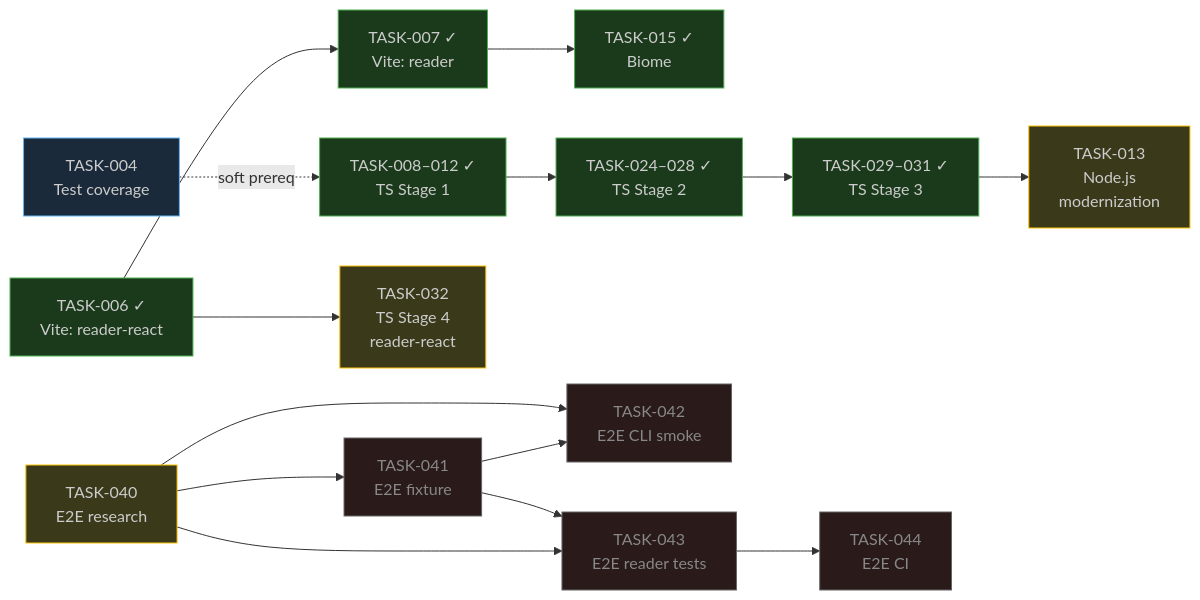
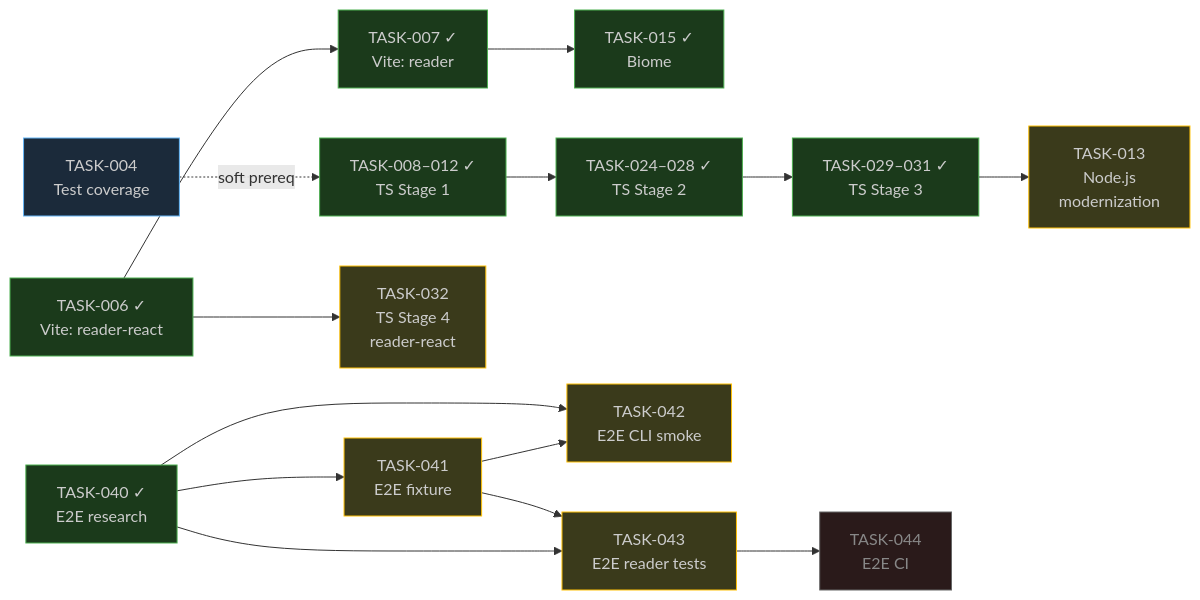
One commit to triplecanopy/b-ber changed the diagram in PLAN.md. Above: the diagram before and after it, drawn with Mermaid. The commit also changed other lines of this file and 6 other files, not shown here.

````diff
--- a/PLAN.md
+++ b/PLAN.md
@@ -135,38 +135,38 @@
 ```mermaid
 graph LR
   classDef done fill:#1b3a1b,stroke:#4caf50,color:#ccc
   classDef active fill:#1b2a3a,stroke:#64b5f6,color:#ccc
   classDef ready fill:#3a3a1b,stroke:#ffc107,color:#ccc
   classDef blocked fill:#2a1a1a,stroke:#666,color:#888
 
   T006["TASK-006 ✓\nVite: reader-react"]:::done
   T007["TASK-007 ✓\nVite: reader"]:::done
   T015["TASK-015 ✓\nBiome"]:::done
 
   T008["TASK-008–012 ✓\nTS Stage 1"]:::done
   T024["TASK-024–028 ✓\nTS Stage 2"]:::done
   T029["TASK-029–031 ✓\nTS Stage 3"]:::done
 
   T013["TASK-013\nNode.js\nmodernization"]:::ready
   T032["TASK-032\nTS Stage 4\nreader-react"]:::ready
 
   T004["TASK-004\nTest coverage"]:::active
 
-  T040["TASK-040\nE2E research"]:::ready
-  T041["TASK-041\nE2E fixture"]:::blocked
-  T042["TASK-042\nE2E CLI smoke"]:::blocked
-  T043["TASK-043\nE2E reader tests"]:::blocked
+  T040["TASK-040 ✓\nE2E research"]:::done
+  T041["TASK-041\nE2E fixture"]:::ready
+  T042["TASK-042\nE2E CLI smoke"]:::ready
+  T043["TASK-043\nE2E reader tests"]:::ready
   T044["TASK-044\nE2E CI"]:::blocked
 
   T006 --> T007 --> T015
   T008 --> T024 --> T029 --> T013
   T006 --> T032
   T004 -. "soft prereq" .-> T008
 
   T040 --> T041
   T040 --> T043
   T041 --> T042
   T041 --> T043
   T040 --> T042
   T043 --> T044
 ```
````
